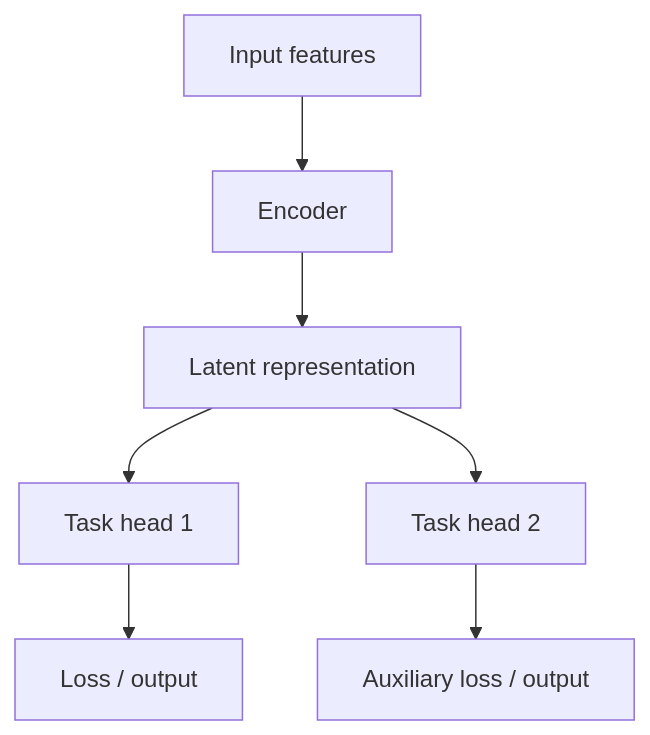
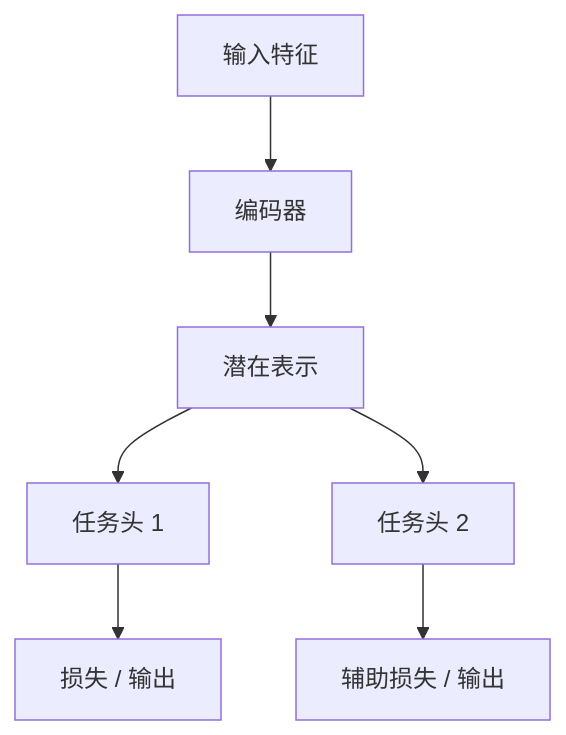
One commit to l1ttle-light/sc-tools changed the second of 2 diagrams in docs/algorithms/template/index.md. Above: the diagram before and after it, drawn with Mermaid. The commit also changed other lines of this file and 37 other files, not shown here.

````diff
--- a/docs/algorithms/template/index.md
+++ b/docs/algorithms/template/index.md
@@ -87,9 +87,9 @@
 ```mermaid
 flowchart TB
-  X["Input features"] --> E["Encoder"]
-  E --> Z["Latent representation"]
-  Z --> H1["Task head 1"]
-  Z --> H2["Task head 2"]
-  H1 --> L1["Loss / output"]
-  H2 --> L2["Auxiliary loss / output"]
+  X["输入特征"] --> E["编码器"]
+  E --> Z["潜在表示"]
+  Z --> H1["任务头 1"]
+  Z --> H2["任务头 2"]
+  H1 --> L1["损失 / 输出"]
+  H2 --> L2["辅助损失 / 输出"]
 ```
````
